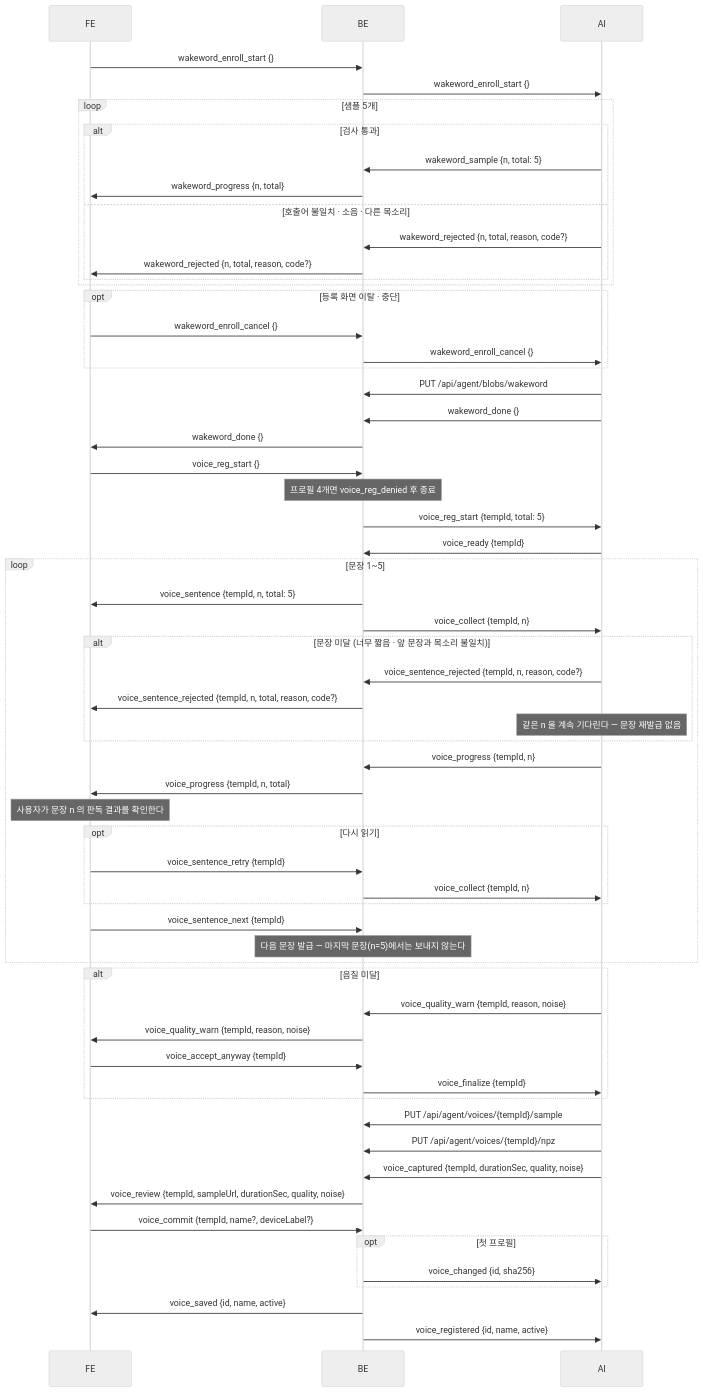
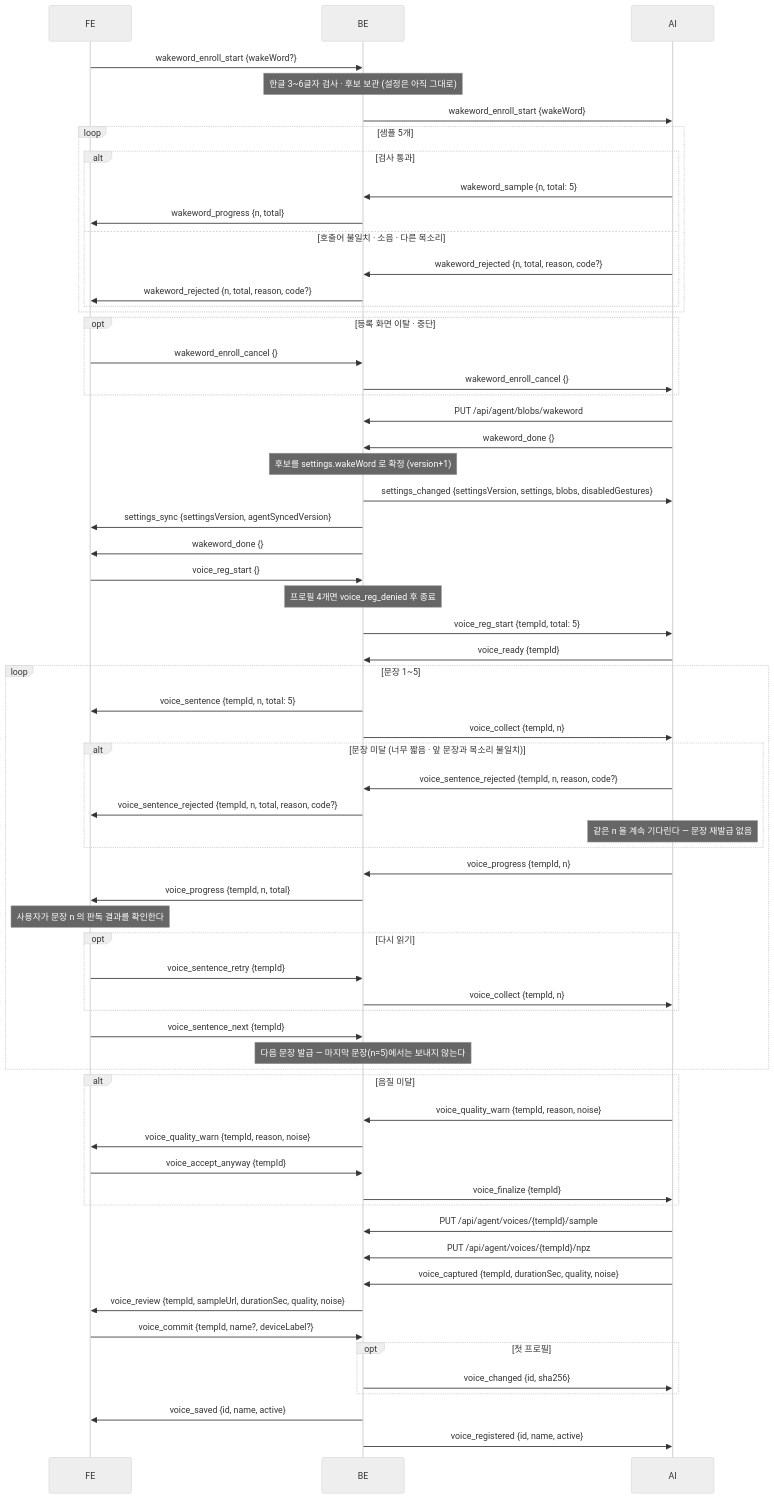
The tenth of 13 diagrams in Backend/docs/프로토콜.md (42JH/SIA), drawn with Mermaid (neutral theme) before and after one commit. The commit also changed other lines of this file and 1 other file, not shown here.

````diff
--- a/Backend/docs/프로토콜.md
+++ b/Backend/docs/프로토콜.md
@@ -1056,62 +1058,66 @@
 ```mermaid
 sequenceDiagram
     participant FE
     participant BE
     participant AI
-    FE->>BE: wakeword_enroll_start {}
-    BE->>AI: wakeword_enroll_start {}
+    FE->>BE: wakeword_enroll_start {wakeWord?}
+    Note over BE: 한글 3~6글자 검사 · 후보 보관 (설정은 아직 그대로)
+    BE->>AI: wakeword_enroll_start {wakeWord}
     loop 샘플 5개
         alt 검사 통과
             AI->>BE: wakeword_sample {n, total: 5}
             BE->>FE: wakeword_progress {n, total}
         else 호출어 불일치 · 소음 · 다른 목소리
             AI->>BE: wakeword_rejected {n, total, reason, code?}
             BE->>FE: wakeword_rejected {n, total, reason, code?}
         end
     end
     opt 등록 화면 이탈 · 중단
         FE->>BE: wakeword_enroll_cancel {}
         BE->>AI: wakeword_enroll_cancel {}
     end
     AI->>BE: PUT /api/agent/blobs/wakeword
     AI->>BE: wakeword_done {}
+    Note over BE: 후보를 settings.wakeWord 로 확정 (version+1)
+    BE->>AI: settings_changed {settingsVersion, settings, blobs, disabledGestures}
+    BE->>FE: settings_sync {settingsVersion, agentSyncedVersion}
     BE->>FE: wakeword_done {}
     FE->>BE: voice_reg_start {}
     Note over BE: 프로필 4개면 voice_reg_denied 후 종료
     BE->>AI: voice_reg_start {tempId, total: 5}
     AI->>BE: voice_ready {tempId}
     loop 문장 1~5
         BE->>FE: voice_sentence {tempId, n, total: 5}
         BE->>AI: voice_collect {tempId, n}
         alt 문장 미달 (너무 짧음 · 앞 문장과 목소리 불일치)
             AI->>BE: voice_sentence_rejected {tempId, n, reason, code?}
             BE->>FE: voice_sentence_rejected {tempId, n, total, reason, code?}
             Note over AI: 같은 n 을 계속 기다린다 — 문장 재발급 없음
         end
         AI->>BE: voice_progress {tempId, n}
         BE->>FE: voice_progress {tempId, n, total}
         Note over FE: 사용자가 문장 n 의 판독 결과를 확인한다
         opt 다시 읽기
             FE->>BE: voice_sentence_retry {tempId}
             BE->>AI: voice_collect {tempId, n}
         end
         FE->>BE: voice_sentence_next {tempId}
         Note over BE: 다음 문장 발급 — 마지막 문장(n=5)에서는 보내지 않는다
     end
     alt 음질 미달
         AI->>BE: voice_quality_warn {tempId, reason, noise}
         BE->>FE: voice_quality_warn {tempId, reason, noise}
         FE->>BE: voice_accept_anyway {tempId}
         BE->>AI: voice_finalize {tempId}
     end
     AI->>BE: PUT /api/agent/voices/{tempId}/sample
     AI->>BE: PUT /api/agent/voices/{tempId}/npz
     AI->>BE: voice_captured {tempId, durationSec, quality, noise}
     BE->>FE: voice_review {tempId, sampleUrl, durationSec, quality, noise}
     FE->>BE: voice_commit {tempId, name?, deviceLabel?}
     opt 첫 프로필
         BE->>AI: voice_changed {id, sha256}
     end
     BE->>FE: voice_saved {id, name, active}
     BE->>AI: voice_registered {id, name, active}
 ```
````
